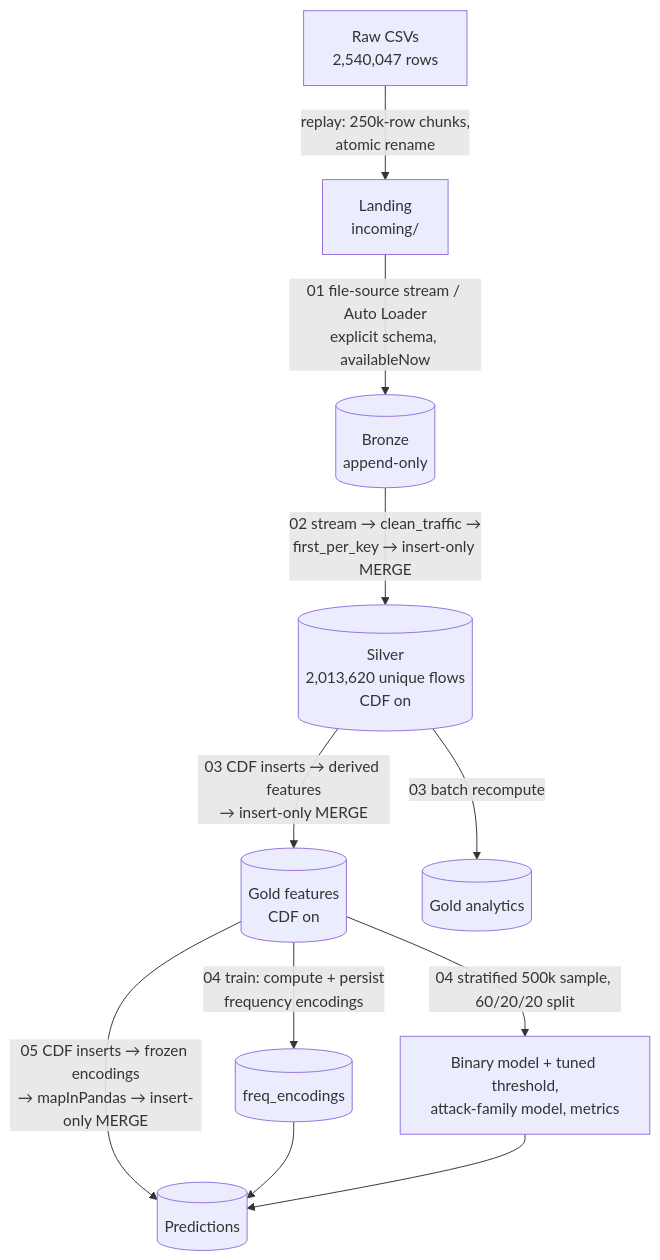
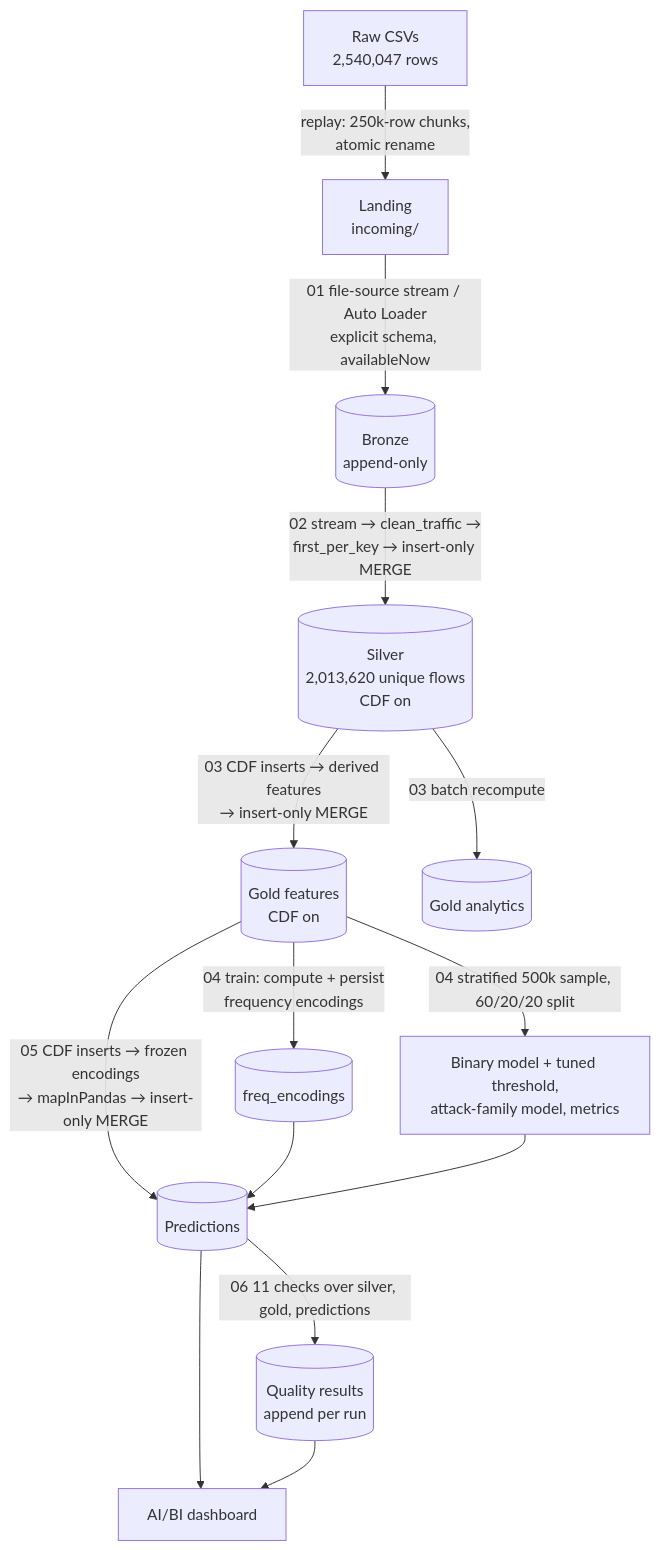
One commit to chrisguzman77/cyber-lakehouse changed the second of 2 diagrams in docs/architecture.md. Above: the diagram before and after it, drawn with Mermaid. The commit also changed other lines of this file and 15 other files, not shown here.

First line of the commit message:
Add a persisted data-quality gate and a three-page AI/BI dashboard

````diff
--- a/docs/architecture.md
+++ b/docs/architecture.md
@@ -48,13 +50,16 @@
 ```mermaid
 flowchart TD
     raw[Raw CSVs<br/>2,540,047 rows] -->|replay: 250k-row chunks,<br/>atomic rename| landing[Landing<br/>incoming/]
     landing -->|01 file-source stream / Auto Loader<br/>explicit schema, availableNow| bronze[(Bronze<br/>append-only)]
     bronze -->|02 stream → clean_traffic →<br/>first_per_key → insert-only MERGE| silver[(Silver<br/>2,013,620 unique flows<br/>CDF on)]
     silver -->|03 CDF inserts → derived features<br/>→ insert-only MERGE| gold[(Gold features<br/>CDF on)]
     silver -->|03 batch recompute| analytics[(Gold analytics)]
     gold -->|04 train: compute + persist<br/>frequency encodings| enc[(freq_encodings)]
     gold -->|04 stratified 500k sample, 60/20/20 split| model[Binary model + tuned threshold,<br/>attack-family model, metrics]
     gold -->|05 CDF inserts → frozen encodings<br/>→ mapInPandas → insert-only MERGE| pred[(Predictions)]
     enc --> pred
     model --> pred
+    pred -->|06 11 checks over silver, gold, predictions| dq[(Quality results<br/>append per run)]
+    pred --> dash[AI/BI dashboard]
+    dq --> dash
 ```
````
